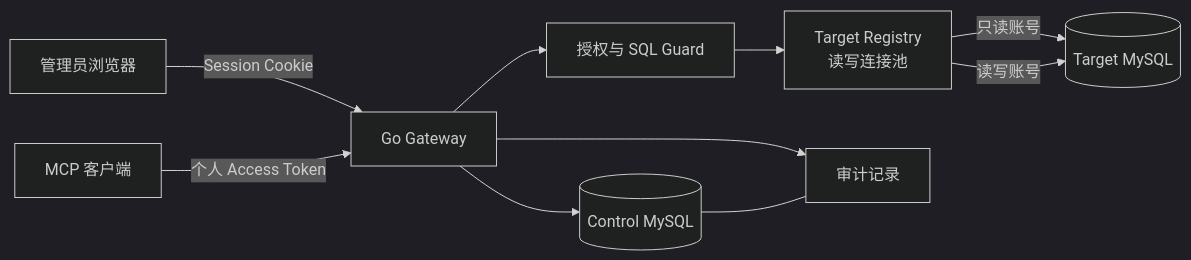
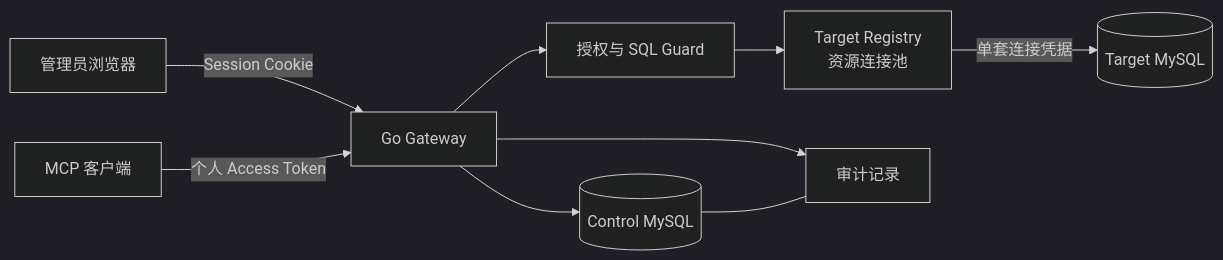
Before and after one commit to YogeLiu/db-access-gateway: the diagram in README.md, drawn with Mermaid (dark theme). The commit also changed other lines of this file and 19 other files, not shown here.

````diff
--- a/README.md
+++ b/README.md
@@ -43,12 +43,11 @@
 ```mermaid
 flowchart LR
     Admin[管理员浏览器] -->|Session Cookie| Gateway[Go Gateway]
     MCP[MCP 客户端] -->|个人 Access Token| Gateway
     Gateway --> Control[(Control MySQL)]
     Gateway --> Policy[授权与 SQL Guard]
-    Policy --> Registry[Target Registry<br/>读写连接池]
-    Registry -->|只读账号| Target[(Target MySQL)]
-    Registry -->|读写账号| Target
+    Policy --> Registry[Target Registry<br/>资源连接池]
+    Registry -->|单套连接凭据| Target[(Target MySQL)]
     Gateway --> Audit[审计记录]
     Control --- Audit
 ```
````
